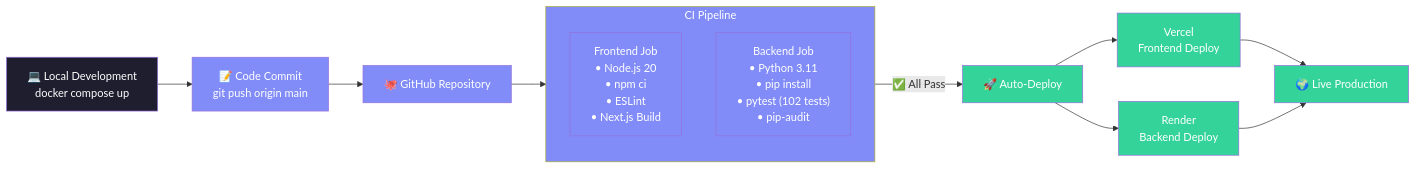
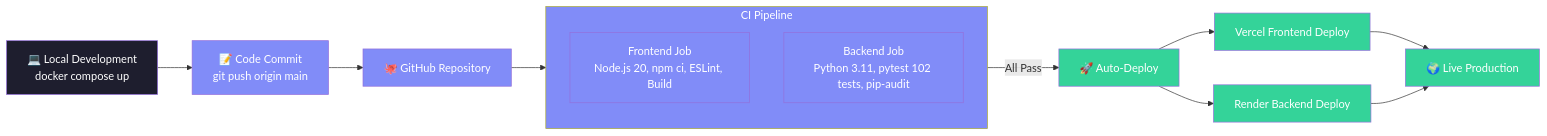
Diagram 21 of 35 in ARCHITECTURE.md (Anil-Pradhan-web/ai-career-mentor), drawn with Mermaid before and after one commit. The commit also changed other lines of this file, not shown here.

Commit message:
fix: remove all JSON curly braces from Mermaid sequence diagrams, simplify state diagrams, replace classDef with inline styles for GitHub compatibility

````diff
--- a/ARCHITECTURE.md
+++ b/ARCHITECTURE.md
@@ -1176,31 +1134,31 @@
 ```mermaid
 flowchart LR
     classDef dev fill:#1e1e2e,color:#fff
     classDef ci fill:#818cf8,color:#fff
     classDef deploy fill:#34d399,color:#fff
 
     DEV["💻 Local Development<br/>docker compose up"] --> CODE["📝 Code Commit<br/>git push origin main"]
     
     CODE --> GH["🐙 GitHub Repository"]
     
     GH --> CI["⚙️ GitHub Actions<br/>Parallel CI Pipeline"]
     
     subgraph CI [CI Pipeline]
-        FJ["Frontend Job<br/>• Node.js 20<br/>• npm ci<br/>• ESLint<br/>• Next.js Build"]
-        BJ["Backend Job<br/>• Python 3.11<br/>• pip install<br/>• pytest (102 tests)<br/>• pip-audit"]
+        FJ["Frontend Job<br/>Node.js 20, npm ci, ESLint, Build"]
+        BJ["Backend Job<br/>Python 3.11, pytest 102 tests, pip-audit"]
     end
     
-    CI -->|"✅ All Pass"| DEPLOY["🚀 Auto-Deploy"]
+    CI -->|"All Pass"| DEPLOY["🚀 Auto-Deploy"]
     
-    DEPLOY --> VERCEL["Vercel<br/>Frontend Deploy"]
-    DEPLOY --> RENDER["Render<br/>Backend Deploy"]
+    DEPLOY --> VERCEL["Vercel Frontend Deploy"]
+    DEPLOY --> RENDER["Render Backend Deploy"]
     
     VERCEL --> LIVE["🌍 Live Production"]
     RENDER --> LIVE
 
     class DEV dev
     class CODE,GH ci
     class CI,FJ,BJ ci
     class DEPLOY,VERCEL,RENDER deploy
     class LIVE deploy
 ```
````
